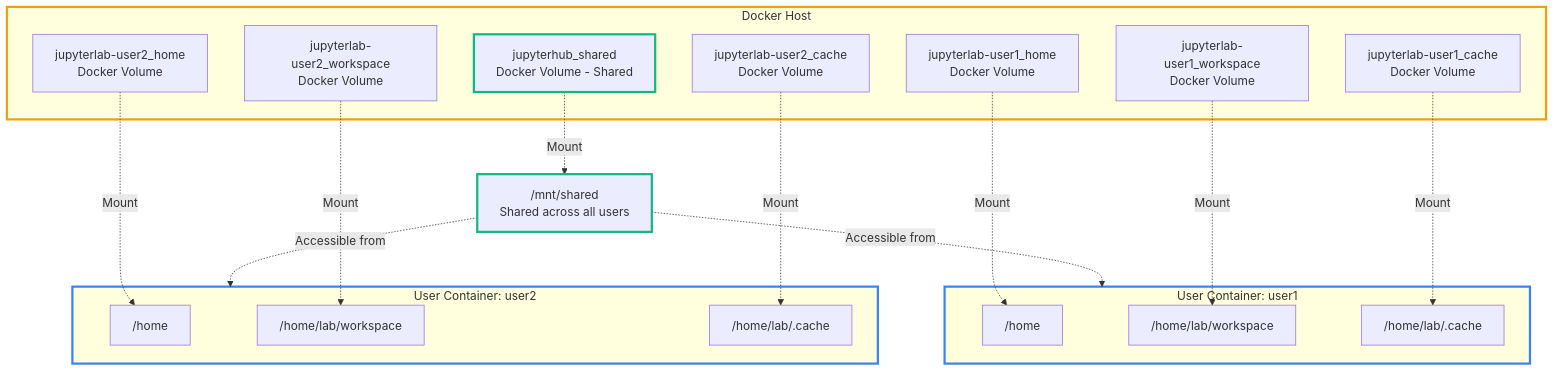
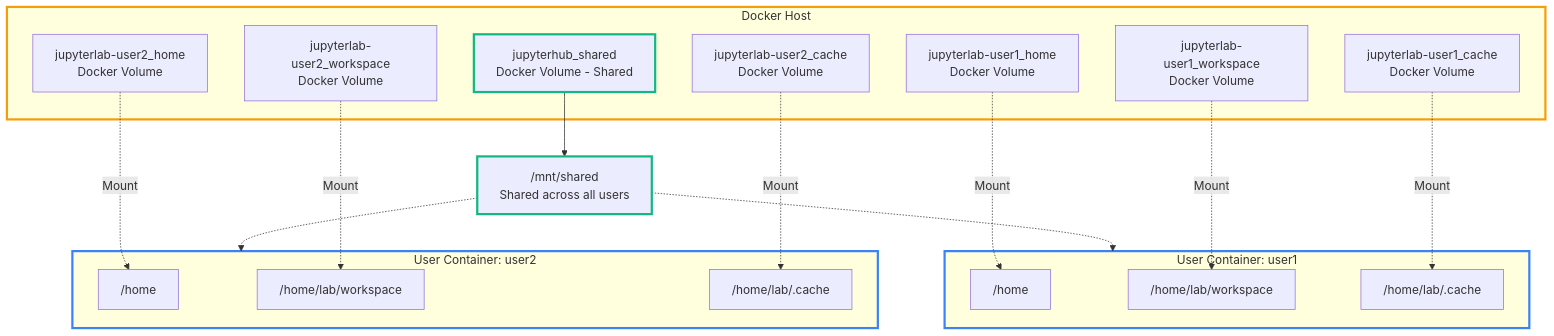
One commit to stellarshenson/stellars-jupyterhub-ds changed the fifth of 5 diagrams in README.md. Above: the diagram before and after it, drawn with Mermaid.

Commit message:
docs: improve arrow alignment for shared volume in diagram

````diff
--- a/README.md
+++ b/README.md
@@ -213,46 +213,47 @@
 ```mermaid
 graph TB
     subgraph HOST["Docker Host"]
         VOLHOME1["jupyterlab-user1_home<br/>Docker Volume"]
         VOLWORK1["jupyterlab-user1_workspace<br/>Docker Volume"]
         VOLCACHE1["jupyterlab-user1_cache<br/>Docker Volume"]
 
         VOLHOME2["jupyterlab-user2_home<br/>Docker Volume"]
         VOLWORK2["jupyterlab-user2_workspace<br/>Docker Volume"]
         VOLCACHE2["jupyterlab-user2_cache<br/>Docker Volume"]
 
         VOLSHARED["jupyterhub_shared<br/>Docker Volume - Shared"]
     end
+
+    VOLHOME1 -.->|Mount| M1HOME
+    VOLWORK1 -.->|Mount| M1WORK
+    VOLCACHE1 -.->|Mount| M1CACHE
+
+    VOLHOME2 -.->|Mount| M2HOME
+    VOLWORK2 -.->|Mount| M2WORK
+    VOLCACHE2 -.->|Mount| M2CACHE
+
+    VOLSHARED --> MSHARED
 
     subgraph CONTAINER1["User Container: user1"]
         M1HOME["/home"]
         M1WORK["/home/lab/workspace"]
         M1CACHE["/home/lab/.cache"]
     end
 
     subgraph CONTAINER2["User Container: user2"]
         M2HOME["/home"]
         M2WORK["/home/lab/workspace"]
         M2CACHE["/home/lab/.cache"]
     end
 
     MSHARED["/mnt/shared<br/>Shared across all users"]
 
-    VOLHOME1 -.->|Mount| M1HOME
-    VOLWORK1 -.->|Mount| M1WORK
-    VOLCACHE1 -.->|Mount| M1CACHE
-
-    VOLHOME2 -.->|Mount| M2HOME
-    VOLWORK2 -.->|Mount| M2WORK
-    VOLCACHE2 -.->|Mount| M2CACHE
-
-    VOLSHARED -.->|Mount| MSHARED
-    MSHARED -.->|Accessible from| CONTAINER1
-    MSHARED -.->|Accessible from| CONTAINER2
+    MSHARED -.-> CONTAINER1
+    MSHARED -.-> CONTAINER2
 
     style HOST stroke:#f59e0b,stroke-width:3px
     style CONTAINER1 stroke:#3b82f6,stroke-width:3px
     style CONTAINER2 stroke:#3b82f6,stroke-width:3px
     style VOLSHARED stroke:#10b981,stroke-width:3px
     style MSHARED stroke:#10b981,stroke-width:3px
 ```
````
